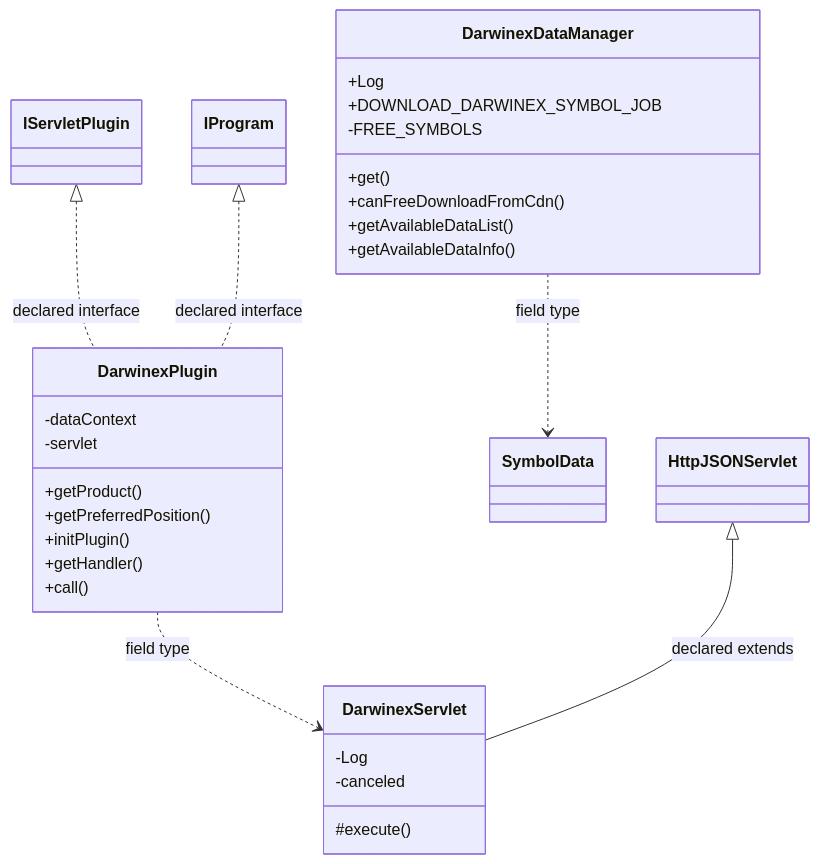
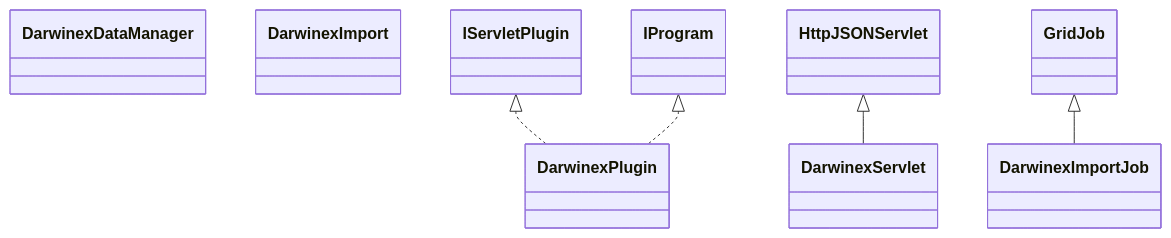
Before and after one commit to haruperi/HaruQuantAI: the diagram in docs/sqx/DataManager/DataSourceDarwinex.md, drawn with Mermaid. The commit also changed other lines of this file and 1688 other files, not shown here.

````diff
--- a/docs/sqx/DataManager/DataSourceDarwinex.md
+++ b/docs/sqx/DataManager/DataSourceDarwinex.md
@@ -30,35 +26,16 @@
 ```mermaid
 classDiagram
-    class Ce09705d40432["DarwinexDataManager"] {
-        +Log
-        +DOWNLOAD_DARWINEX_SYMBOL_JOB
-        -FREE_SYMBOLS
-        +get()
-        +canFreeDownloadFromCdn()
-        +getAvailableDataList()
-        +getAvailableDataInfo()
-    }
-    class C13ecaa72e3e6["DarwinexPlugin"] {
-        -dataContext
-        -servlet
-        +getProduct()
-        +getPreferredPosition()
-        +initPlugin()
-        +getHandler()
-        +call()
-    }
-    class C246bce101a20["DarwinexServlet"] {
-        -Log
-        -canceled
-        #execute()
-    }
-    class Cd6aa451b44cb["SymbolData"]
-    class C1b6b4448b67b["IProgram"]
-    class C249b5c671b1a["IServletPlugin"]
-    class C8900f90ae594["HttpJSONServlet"]
-    Ce09705d40432 ..> Cd6aa451b44cb : field type
-    C249b5c671b1a <|.. C13ecaa72e3e6 : declared interface
-    C1b6b4448b67b <|.. C13ecaa72e3e6 : declared interface
-    C13ecaa72e3e6 ..> C246bce101a20 : field type
-    C8900f90ae594 <|-- C246bce101a20 : declared extends
+    class C0["DarwinexDataManager"]
+    class C1["DarwinexPlugin"]
+    class C2["DarwinexServlet"]
+    class C3["DarwinexImport"]
+    class C4["DarwinexImportJob"]
+    class E0["IServletPlugin"]
+    E0 <|.. C1
+    class E1["IProgram"]
+    E1 <|.. C1
+    class E2["HttpJSONServlet"]
+    E2 <|-- C2
+    class E3["GridJob"]
+    E3 <|-- C4
 ```
````
